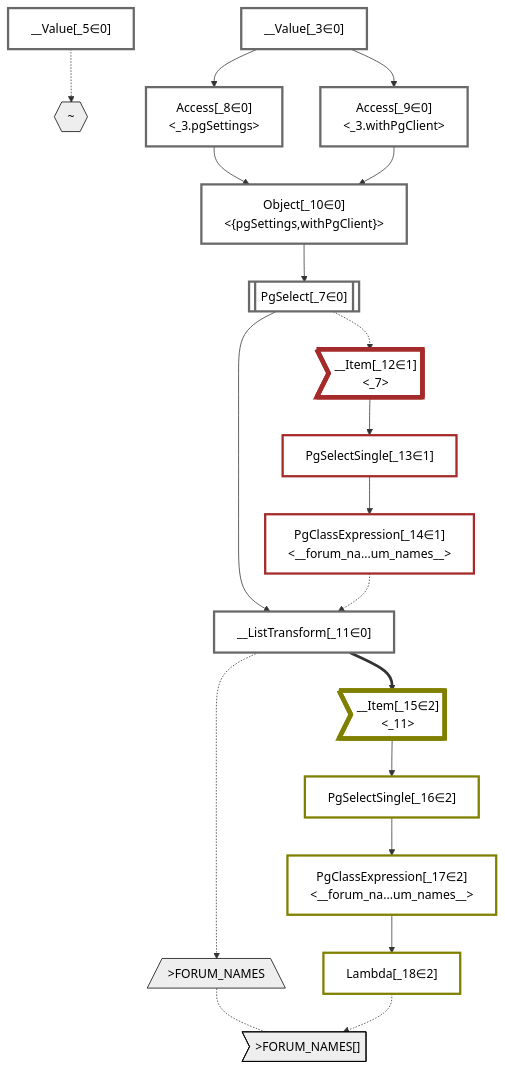
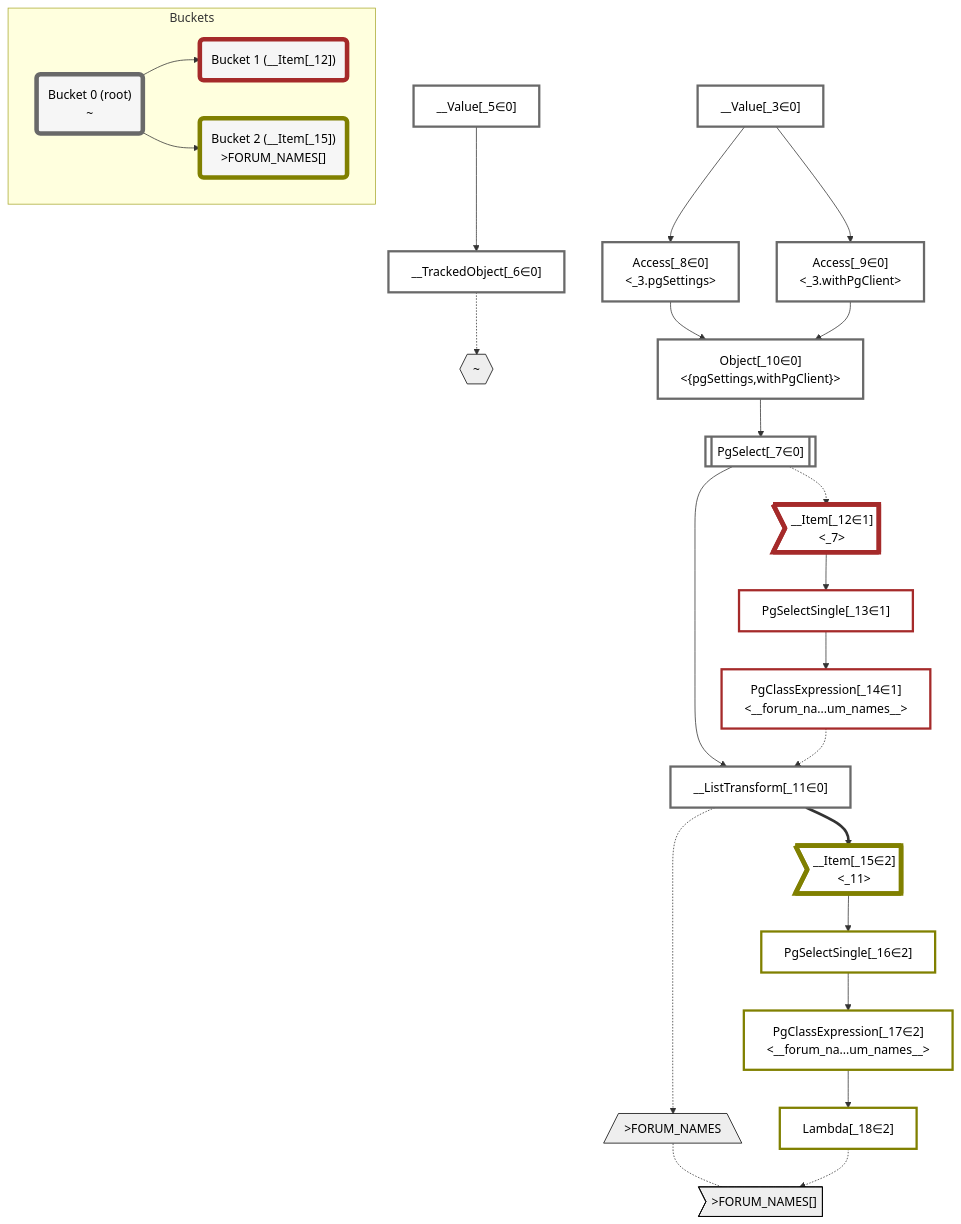
One commit to graphile/crystal changed the diagram in packages/dataplan-pg/__tests__/queries/functions/custom-query-forum-names-upper.deopt.mermaid.md. Above: the diagram before and after it, drawn with Mermaid. The commit also changed 195 other files, not shown here.

````diff
--- a/packages/dataplan-pg/__tests__/queries/functions/custom-query-forum-names-upper.deopt.mermaid.md
+++ b/packages/dataplan-pg/__tests__/queries/functions/custom-query-forum-names-upper.deopt.mermaid.md
@@ -1,60 +1,74 @@
 ```mermaid
 graph TD
     classDef path fill:#eee,stroke:#000,color:#000
     classDef plan fill:#fff,stroke-width:3px,color:#000
     classDef itemplan fill:#fff,stroke-width:6px,color:#000
     classDef sideeffectplan fill:#f00,stroke-width:6px,color:#000
+    classDef bucket fill:#f6f6f6,color:#000,stroke-width:6px
 
     %% subgraph fields
     P1{{"~"}}:::path
     P2[/">FORUM_NAMES"\]:::path
     P3>">FORUM_NAMES[]"]:::path
     P2 -.- P3
     %% P1 -.-> P2
     %% end
 
     %% define plans
     __Value_3["__Value[_3∈0]<br /><context>"]:::plan
     __Value_5["__Value[_5∈0]<br /><rootValue>"]:::plan
+    __TrackedObject_6["__TrackedObject[_6∈0]"]:::plan
     PgSelect_7[["PgSelect[_7∈0]<br /><forum_names>"]]:::plan
     Access_8["Access[_8∈0]<br /><_3.pgSettings>"]:::plan
     Access_9["Access[_9∈0]<br /><_3.withPgClient>"]:::plan
     Object_10["Object[_10∈0]<br /><{pgSettings,withPgClient}>"]:::plan
     __ListTransform_11["__ListTransform[_11∈0]<br /><each:_7>"]:::plan
     __Item_12>"__Item[_12∈1]<br /><_7>"]:::itemplan
     PgSelectSingle_13["PgSelectSingle[_13∈1]<br /><text>"]:::plan
     PgClassExpression_14["PgClassExpression[_14∈1]<br /><__forum_na...um_names__>"]:::plan
     __Item_15>"__Item[_15∈2]<br /><_11>"]:::itemplan
     PgSelectSingle_16["PgSelectSingle[_16∈2]<br /><text>"]:::plan
     PgClassExpression_17["PgClassExpression[_17∈2]<br /><__forum_na...um_names__>"]:::plan
     Lambda_18["Lambda[_18∈2]"]:::plan
 
     %% plan dependencies
+    __Value_5 --> __TrackedObject_6
     Object_10 --> PgSelect_7
     __Value_3 --> Access_8
     __Value_3 --> Access_9
     Access_8 --> Object_10
     Access_9 --> Object_10
     PgSelect_7 --> __ListTransform_11
     PgClassExpression_14 -.-> __ListTransform_11
     PgSelect_7 -.-> __Item_12
     __Item_12 --> PgSelectSingle_13
     PgSelectSingle_13 --> PgClassExpression_14
     __ListTransform_11 ==> __Item_15
     __Item_15 --> PgSelectSingle_16
     PgSelectSingle_16 --> PgClassExpression_17
     PgClassExpression_17 --> Lambda_18
 
     %% plan-to-path relationships
-    __Value_5 -.-> P1
+    __TrackedObject_6 -.-> P1
     __ListTransform_11 -.-> P2
     Lambda_18 -.-> P3
 
     %% allocate buckets
     classDef bucket0 stroke:#696969
-    class __Value_3,__Value_5,PgSelect_7,Access_8,Access_9,Object_10,__ListTransform_11 bucket0
+    class __Value_3,__Value_5,__TrackedObject_6,PgSelect_7,Access_8,Access_9,Object_10,__ListTransform_11 bucket0
     classDef bucket1 stroke:#a52a2a
     class __Item_12,PgSelectSingle_13,PgClassExpression_14 bucket1
     classDef bucket2 stroke:#808000
     class __Item_15,PgSelectSingle_16,PgClassExpression_17,Lambda_18 bucket2
+
+    subgraph Buckets
+    Bucket0("Bucket 0 (root)<br />~"):::bucket
+    style Bucket0 stroke:#696969
+    Bucket1("Bucket 1 (__Item[_12])<br />"):::bucket
+    style Bucket1 stroke:#a52a2a
+    Bucket0 --> Bucket1
+    Bucket2("Bucket 2 (__Item[_15])<br />>FORUM_NAMES[]"):::bucket
+    style Bucket2 stroke:#808000
+    Bucket0 --> Bucket2
+    end
 ```
````
